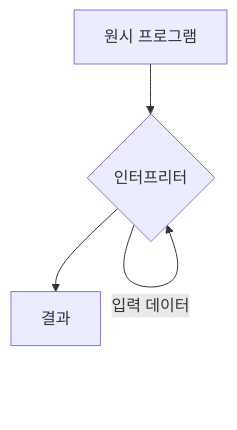
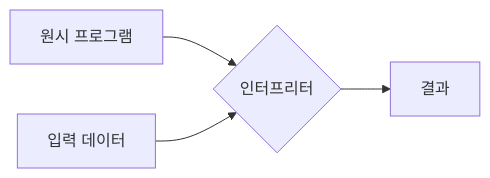
One commit to umyunsang/Obsidian changed the second of 3 diagrams in ComputerScience/프로그래밍언어론/요약/1. 기본사항 요약.md. Above: the diagram before and after it, drawn with Mermaid. The commit also changed other lines of this file and 5 other files, not shown here.

````diff
--- a/ComputerScience/프로그래밍언어론/요약/1. 기본사항 요약.md
+++ b/ComputerScience/프로그래밍언어론/요약/1. 기본사항 요약.md
@@ -104,6 +104,6 @@
 	```mermaid
-	graph TD;
+	graph LR;
 	    A["원시 프로그램"] --> B{"인터프리터"}
-	    B -->|"입력 데이터"| B
+	    I["입력 데이터"] --> B
 	    B --> D["결과"]
 	```
````
